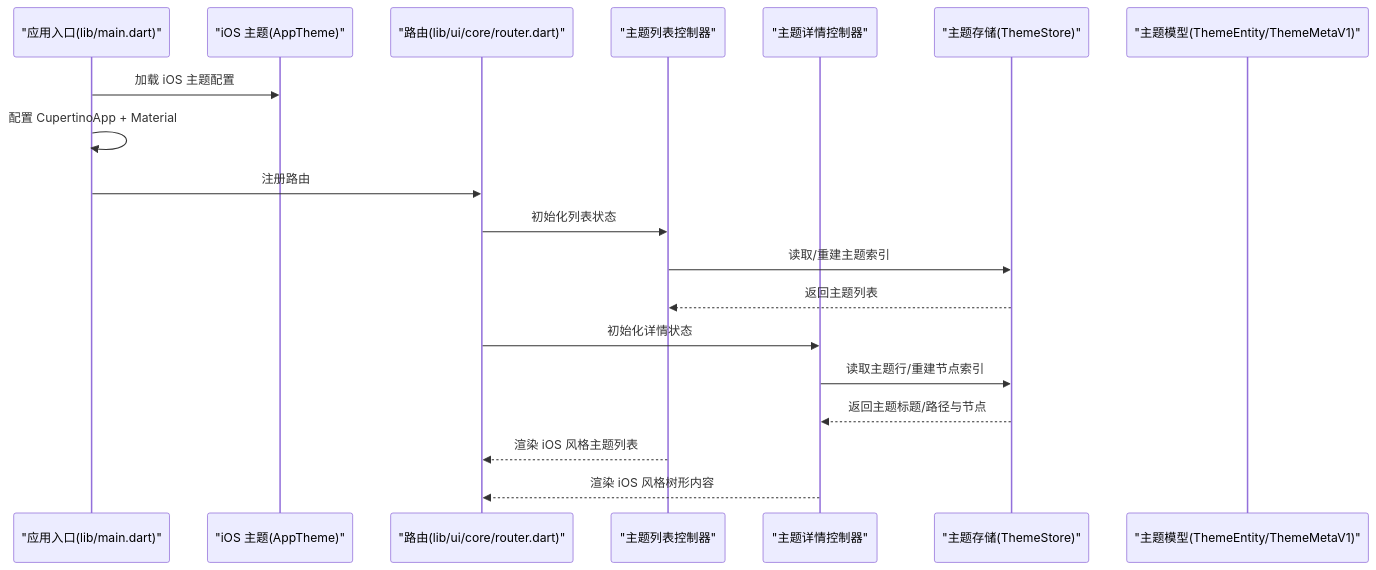
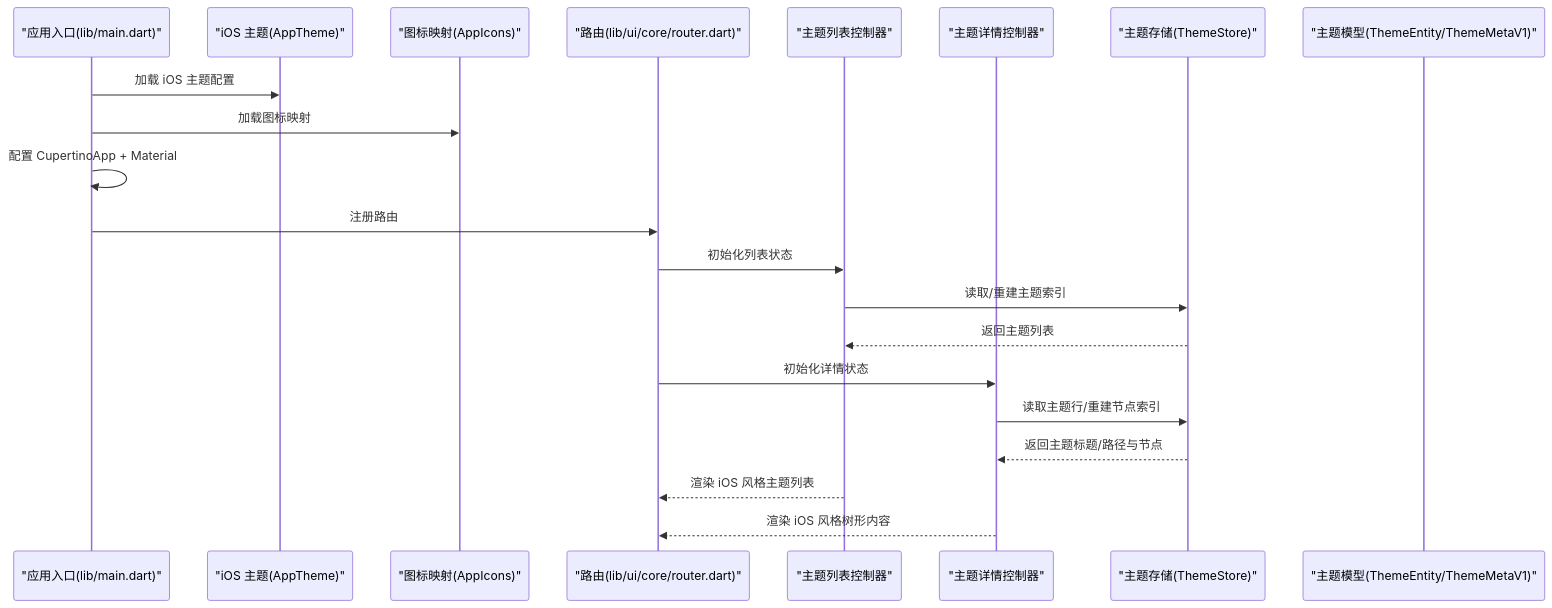
Before and after one commit to Ykworm/thktree: the second of 5 diagrams in .qoder/repowiki/zh/content/架构设计/UI 组件架构/主题系统.md, drawn with Mermaid. The commit also changed other lines of this file and 39 other files, not shown here.

````diff
--- a/.qoder/repowiki/zh/content/架构设计/UI 组件架构/主题系统.md
+++ b/.qoder/repowiki/zh/content/架构设计/UI 组件架构/主题系统.md
@@ -133,21 +149,23 @@
 ```mermaid
 sequenceDiagram
 participant App as "应用入口(lib/main.dart)"
 participant Theme as "iOS 主题(AppTheme)"
+participant Icons as "图标映射(AppIcons)"
 participant Router as "路由(lib/ui/core/router.dart)"
 participant ListCtrl as "主题列表控制器"
 participant DetailCtrl as "主题详情控制器"
 participant Store as "主题存储(ThemeStore)"
 participant Model as "主题模型(ThemeEntity/ThemeMetaV1)"
 App->>Theme : 加载 iOS 主题配置
+App->>Icons : 加载图标映射
 App->>App : 配置 CupertinoApp + Material
 App->>Router : 注册路由
 Router->>ListCtrl : 初始化列表状态
 ListCtrl->>Store : 读取/重建主题索引
 Store-->>ListCtrl : 返回主题列表
 Router->>DetailCtrl : 初始化详情状态
 DetailCtrl->>Store : 读取主题行/重建节点索引
 Store-->>DetailCtrl : 返回主题标题/路径与节点
 ListCtrl-->>Router : 渲染 iOS 风格主题列表
 DetailCtrl-->>Router : 渲染 iOS 风格树形内容
 ```
````
